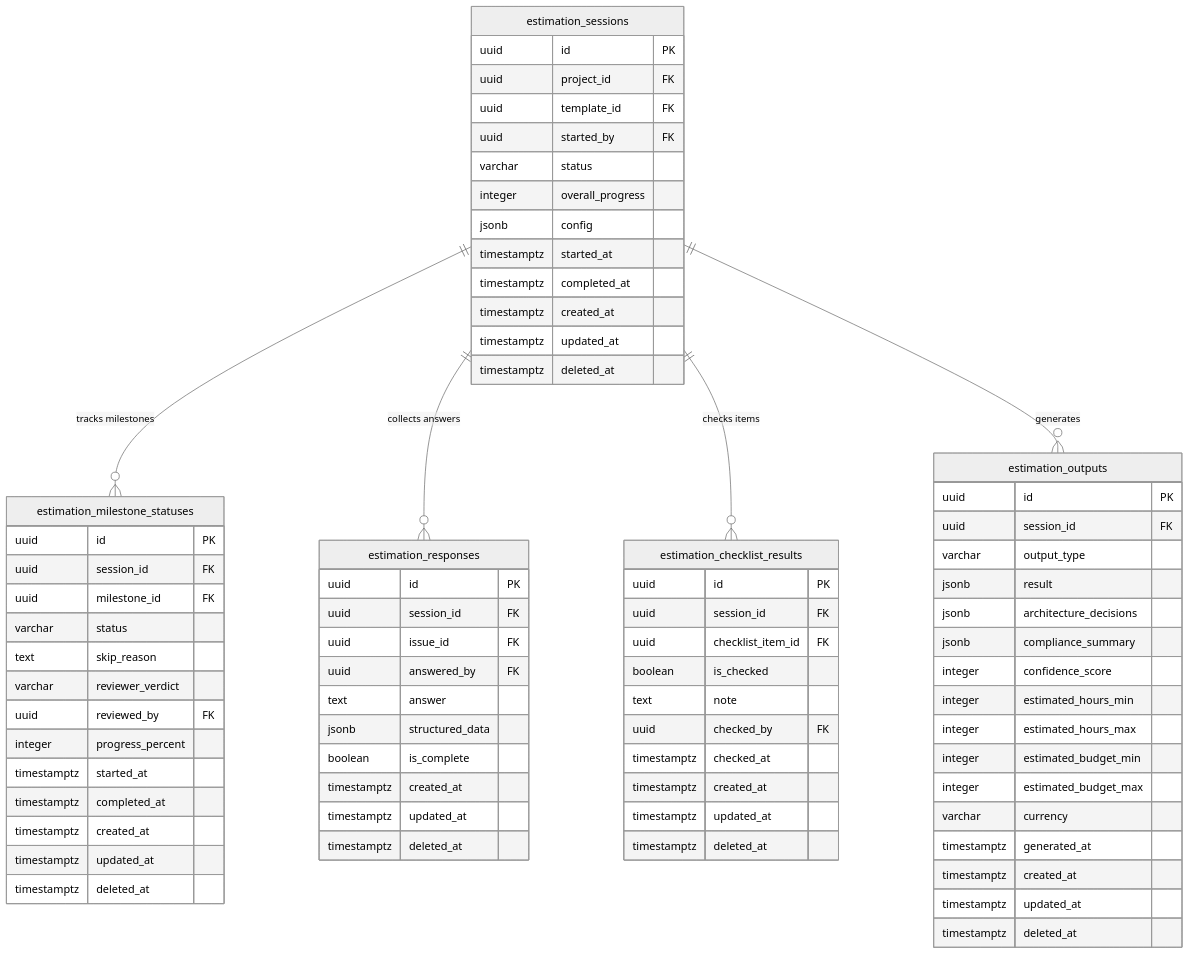
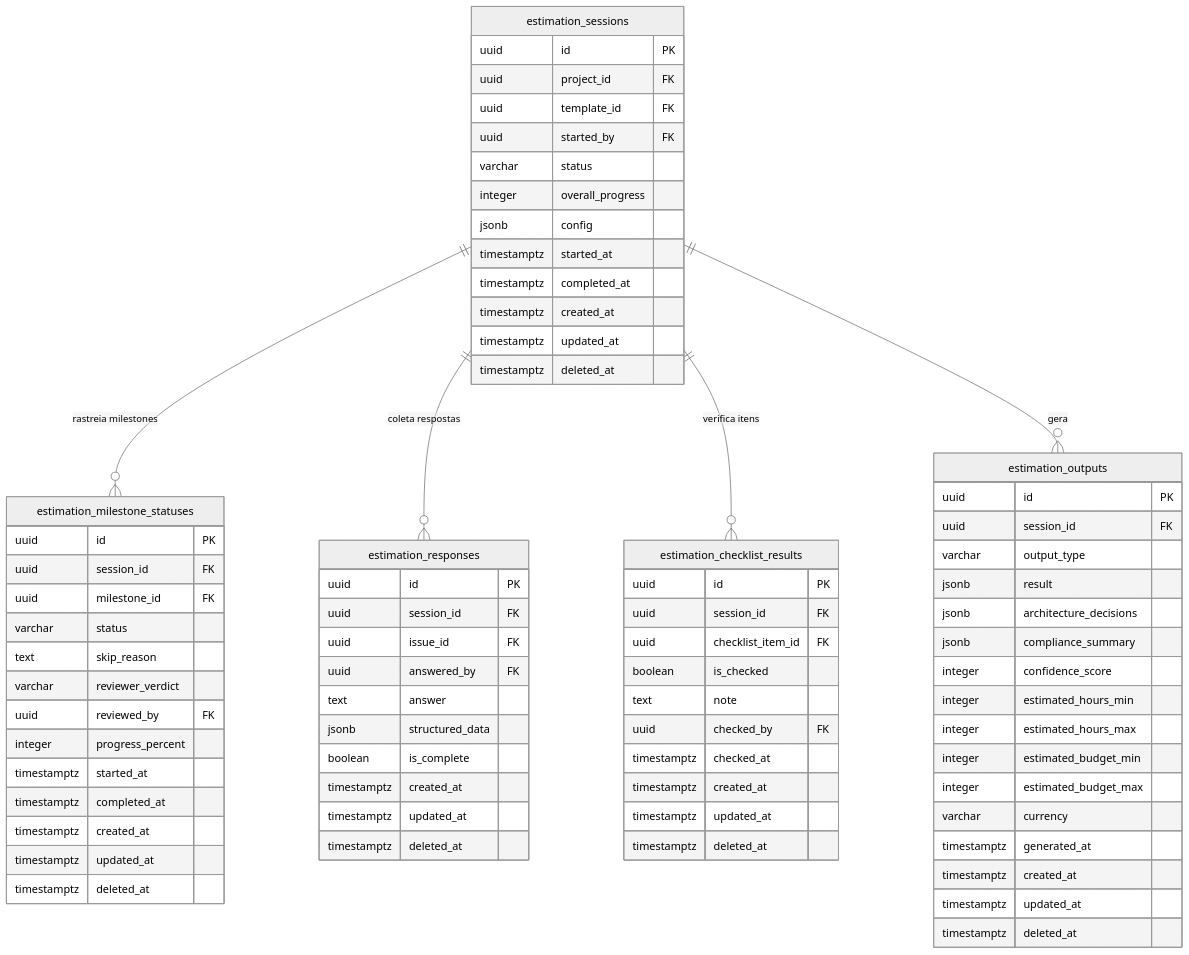
Before and after one commit to renatobardi/oute-main: the fifth of 8 diagrams in docs/database/schema-excalidraw.md, drawn with Mermaid (neutral theme). The commit also changed other lines of this file and 23 other files, not shown here.

````diff
--- a/docs/database/schema-excalidraw.md
+++ b/docs/database/schema-excalidraw.md
@@ -329,8 +329,8 @@
         timestamptz deleted_at
     }
 
-    estimation_sessions ||--o{ estimation_milestone_statuses : "tracks milestones"
-    estimation_sessions ||--o{ estimation_responses : "collects answers"
-    estimation_sessions ||--o{ estimation_checklist_results : "checks items"
-    estimation_sessions ||--o{ estimation_outputs : "generates"
+    estimation_sessions ||--o{ estimation_milestone_statuses : "rastreia milestones"
+    estimation_sessions ||--o{ estimation_responses : "coleta respostas"
+    estimation_sessions ||--o{ estimation_checklist_results : "verifica itens"
+    estimation_sessions ||--o{ estimation_outputs : "gera"
 ```
````
